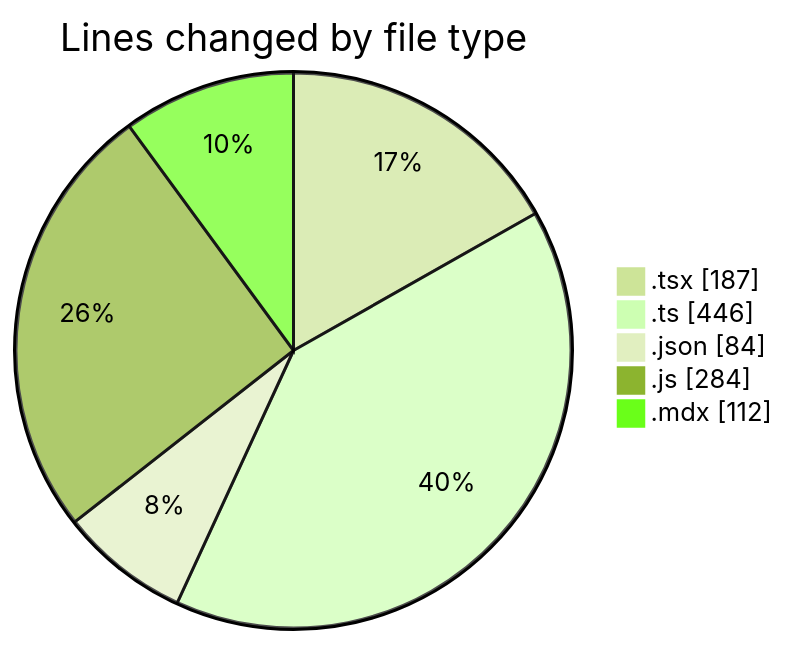
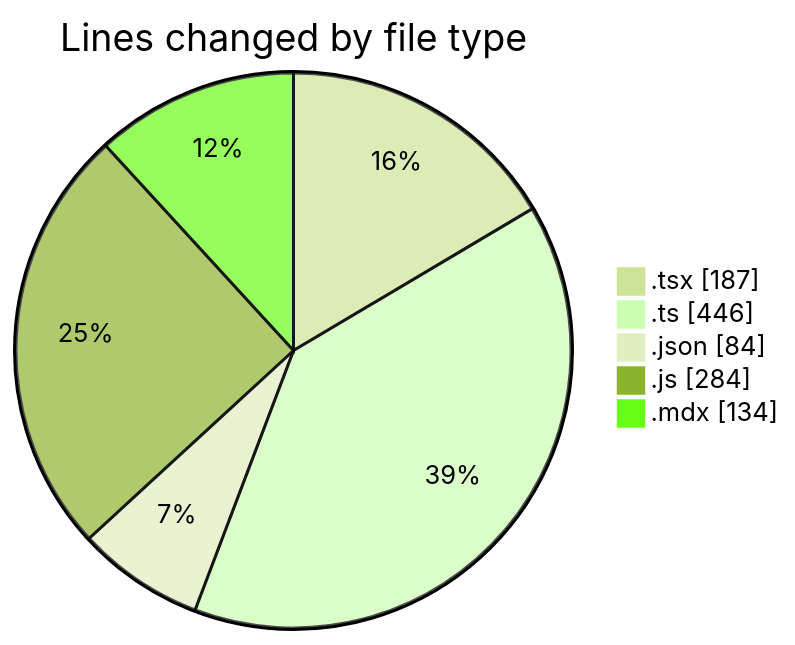
The first of 2 diagrams in 2026-03-30/cda/README.md (momahboobian/code-tracking), drawn with Mermaid (forest theme) before and after one commit. The commit also changed other lines of this file and 1 other file, not shown here.

````diff
--- a/2026-03-30/cda/README.md
+++ b/2026-03-30/cda/README.md
@@ -24,9 +24,9 @@
 ```mermaid
 pie showData
 title Lines changed by file type
 ".tsx" : 187
 ".ts" : 446
 ".json" : 84
 ".js" : 284
-".mdx" : 112
+".mdx" : 134
 ```
````
